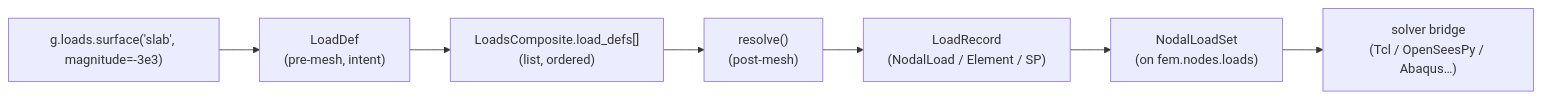
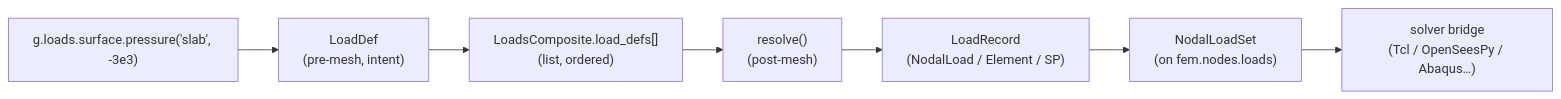
Before and after one commit to nmorabowen/apeGmsh: the diagram in architecture/apeGmsh_loads.md, drawn with Mermaid. The commit also changed other lines of this file and 18 other files, not shown here.

````diff
--- a/architecture/apeGmsh_loads.md
+++ b/architecture/apeGmsh_loads.md
@@ -49,15 +49,15 @@
 ```mermaid
 flowchart LR
-    UI["g.loads.surface('slab', magnitude=-3e3)"] --> DEF["LoadDef
+    UI["g.loads.surface.pressure('slab', -3e3)"] --> DEF["LoadDef
 (pre-mesh, intent)"]
     DEF --> STORE["LoadsComposite.load_defs[]
 (list, ordered)"]
     STORE --> R["resolve()
 (post-mesh)"]
     R --> REC["LoadRecord
 (NodalLoad / Element / SP)"]
     REC --> SET["NodalLoadSet
 (on fem.nodes.loads)"]
     SET --> SOLVER["solver bridge
 (Tcl / OpenSeesPy / Abaqus…)"]
 ```
````
